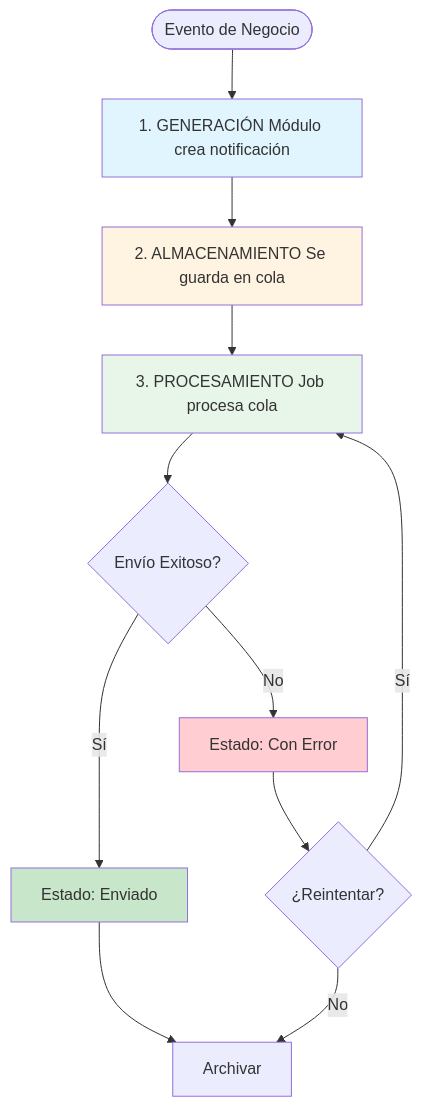
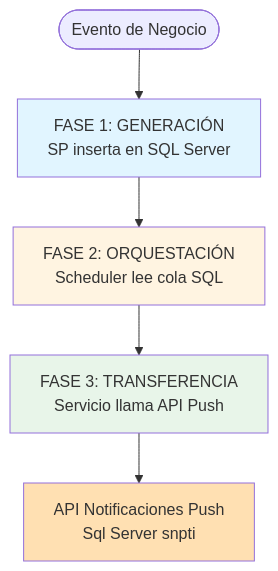
One commit to EdRre/documentacion changed the second of 5 diagrams in notificaciones_suite/DOCUMENTACION_FEATURE_NOTIFICACIONES_APPSUITE.md. Above: the diagram before and after it, drawn with Mermaid. The commit also changed other lines of this file, not shown here.

````diff
--- a/notificaciones_suite/DOCUMENTACION_FEATURE_NOTIFICACIONES_APPSUITE.md
+++ b/notificaciones_suite/DOCUMENTACION_FEATURE_NOTIFICACIONES_APPSUITE.md
@@ -116,19 +90,13 @@
 ```mermaid
 graph TB
-    Start([Evento de Negocio]) --> Generate[1. GENERACIÓN Módulo crea notificación]
-    Generate --> Store[2. ALMACENAMIENTO Se guarda en cola]
-    Store --> Process[3. PROCESAMIENTO Job procesa cola]
-    Process --> Send{Envío Exitoso?}
-    Send -->|Sí| Success[Estado: Enviado]
-    Send -->|No| Error[Estado: Con Error]
-    Error --> Retry{¿Reintentar?}
-    Retry -->|Sí| Process
-    Retry -->|No| Archive[Archivar]
-    Success --> Archive
+    Start([Evento de Negocio]) --> Generate[FASE 1: GENERACIÓN<br/>SP inserta en SQL Server]
+    Generate --> Store[FASE 2: ORQUESTACIÓN<br/>Scheduler lee cola SQL]
+    Store --> Transfer[FASE 3: TRANSFERENCIA<br/>Servicio llama API Push]
+    Transfer --> API[API Notificaciones Push<br/>Sql Server snpti]
+
     
     style Generate fill:#e1f5ff
     style Store fill:#fff4e1
-    style Process fill:#e8f5e9
-    style Success fill:#c8e6c9
-    style Error fill:#ffcdd2
+    style Transfer fill:#e8f5e9
+    style API fill:#ffe0b2
 ```
````
